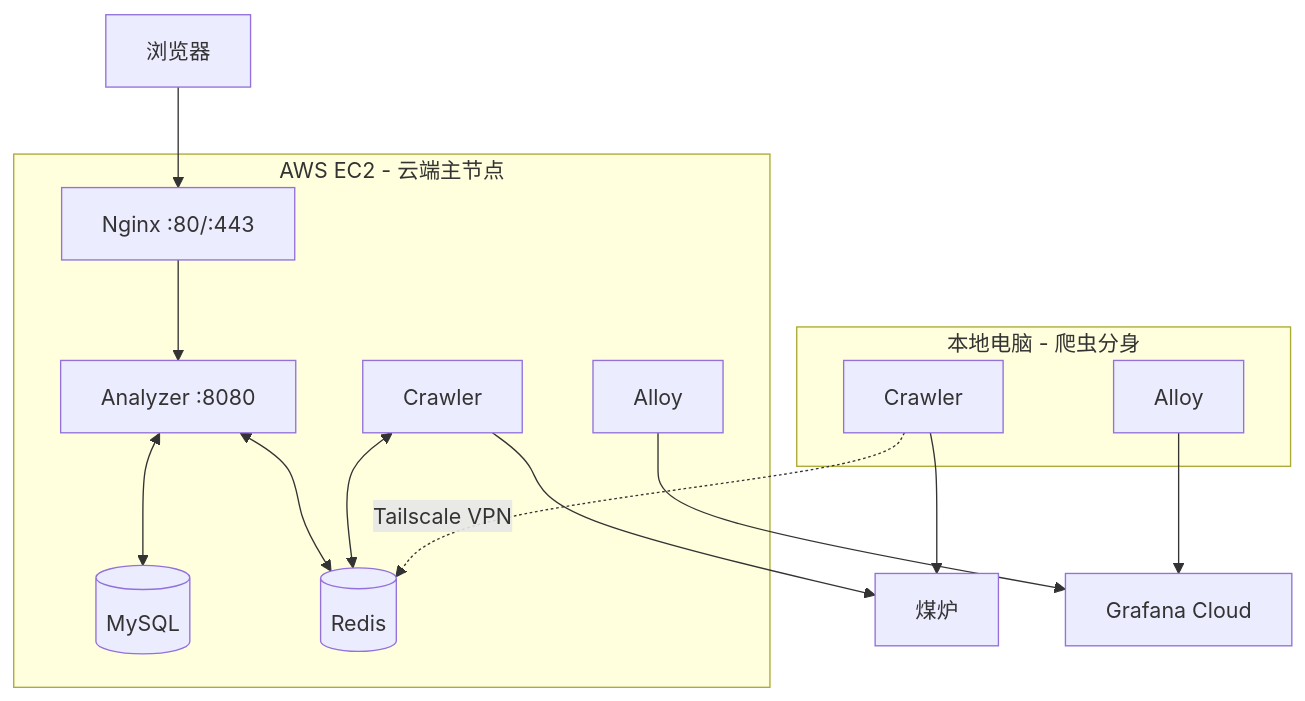
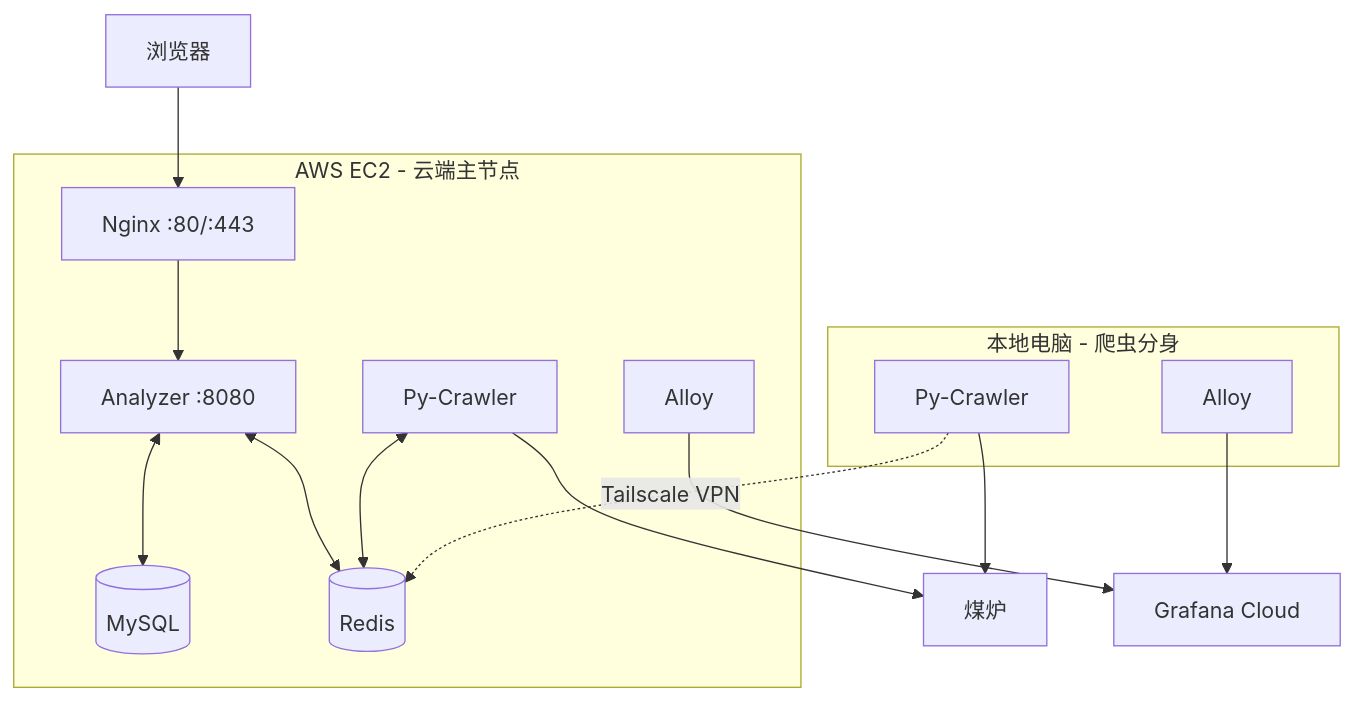
The first of 2 diagrams in README.md (KahanaT800/animehot), drawn with Mermaid before and after one commit. The commit also changed other lines of this file and 19 other files, not shown here.

````diff
--- a/README.md
+++ b/README.md
@@ -64,34 +65,34 @@
 ```mermaid
 graph TB
     CLIENT[浏览器]
 
     subgraph EC2[AWS EC2 - 云端主节点]
         NGINX[Nginx :80/:443]
         ANALYZER[Analyzer :8080]
-        CRAWLER1[Crawler]
+        CRAWLER1[Py-Crawler]
         MYSQL[(MySQL)]
         REDIS[(Redis)]
         ALLOY1[Alloy]
     end
 
     subgraph LOCAL[本地电脑 - 爬虫分身]
-        CRAWLER2[Crawler]
+        CRAWLER2[Py-Crawler]
         ALLOY2[Alloy]
     end
 
     MERCARI[煤炉]
     GRAFANA[Grafana Cloud]
 
     CLIENT --> NGINX
     NGINX --> ANALYZER
     ANALYZER <--> MYSQL
     ANALYZER <--> REDIS
     CRAWLER1 <--> REDIS
     CRAWLER1 --> MERCARI
 
     CRAWLER2 -.->|Tailscale VPN| REDIS
     CRAWLER2 --> MERCARI
 
     ALLOY1 --> GRAFANA
     ALLOY2 --> GRAFANA
 ```
````
